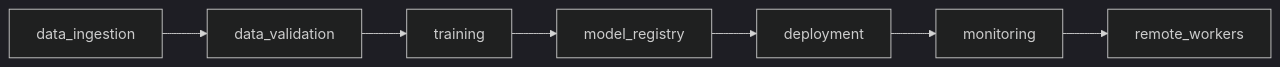
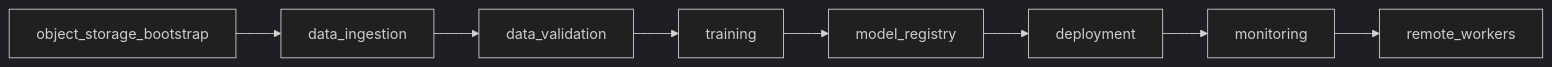
One commit to ruma0236/ML_ServeAPI changed the diagram in enterprise-vision-mlops/docs/pipelines/00_pipeline_overview.md. Above: the diagram before and after it, drawn with Mermaid (dark theme). The commit also changed other lines of this file and 20 other files, not shown here.

Commit message:
EVM-031 Add W2 object storage dataset platform

````diff
--- a/enterprise-vision-mlops/docs/pipelines/00_pipeline_overview.md
+++ b/enterprise-vision-mlops/docs/pipelines/00_pipeline_overview.md
@@ -9,9 +9,10 @@
 ```mermaid
 flowchart LR
-    A["data_ingestion"] --> B["data_validation"]
+    S["object_storage_bootstrap"] --> A["data_ingestion"]
+    A --> B["data_validation"]
     B --> C["training"]
     C --> D["model_registry"]
     D --> E["deployment"]
     E --> F["monitoring"]
     F --> G["remote_workers"]
 ```
````
